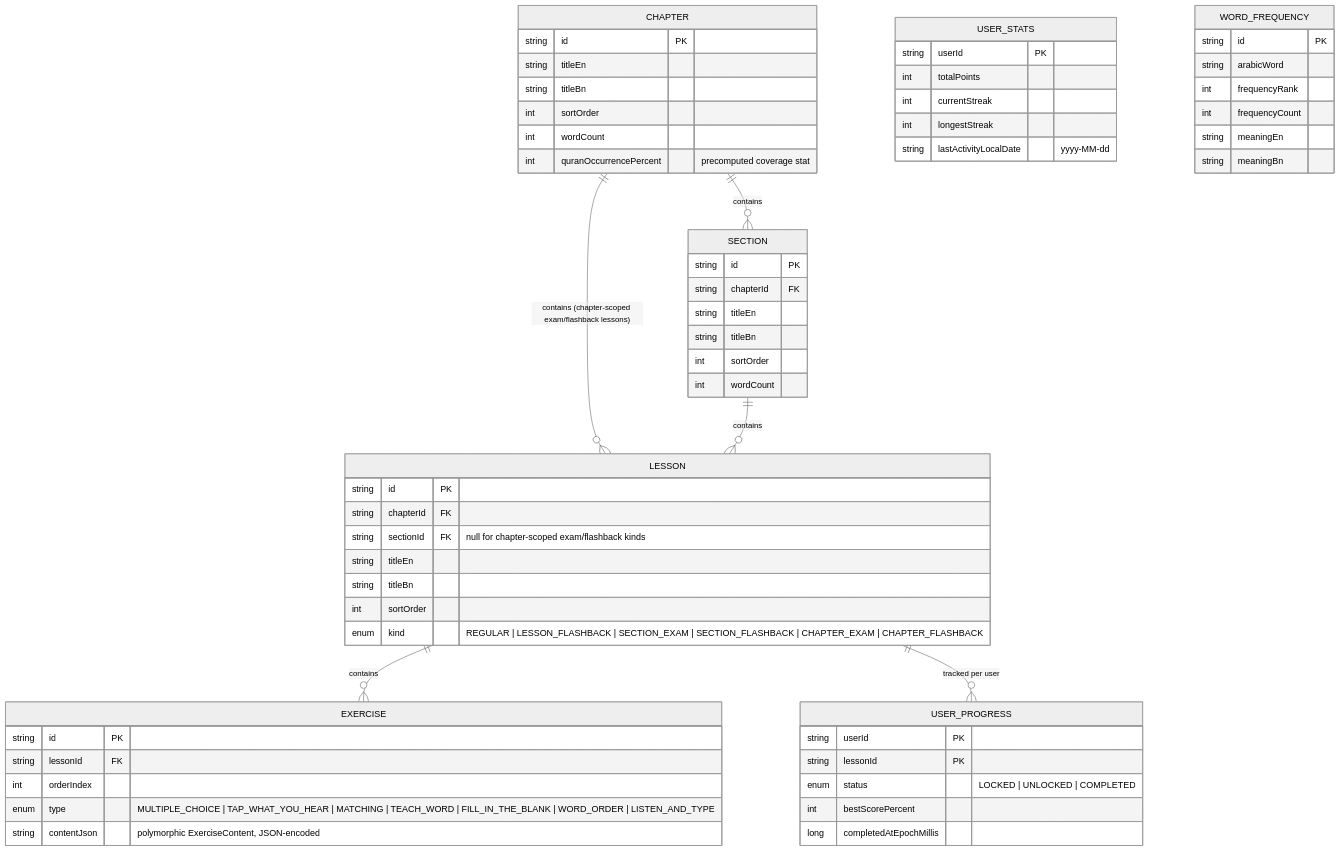
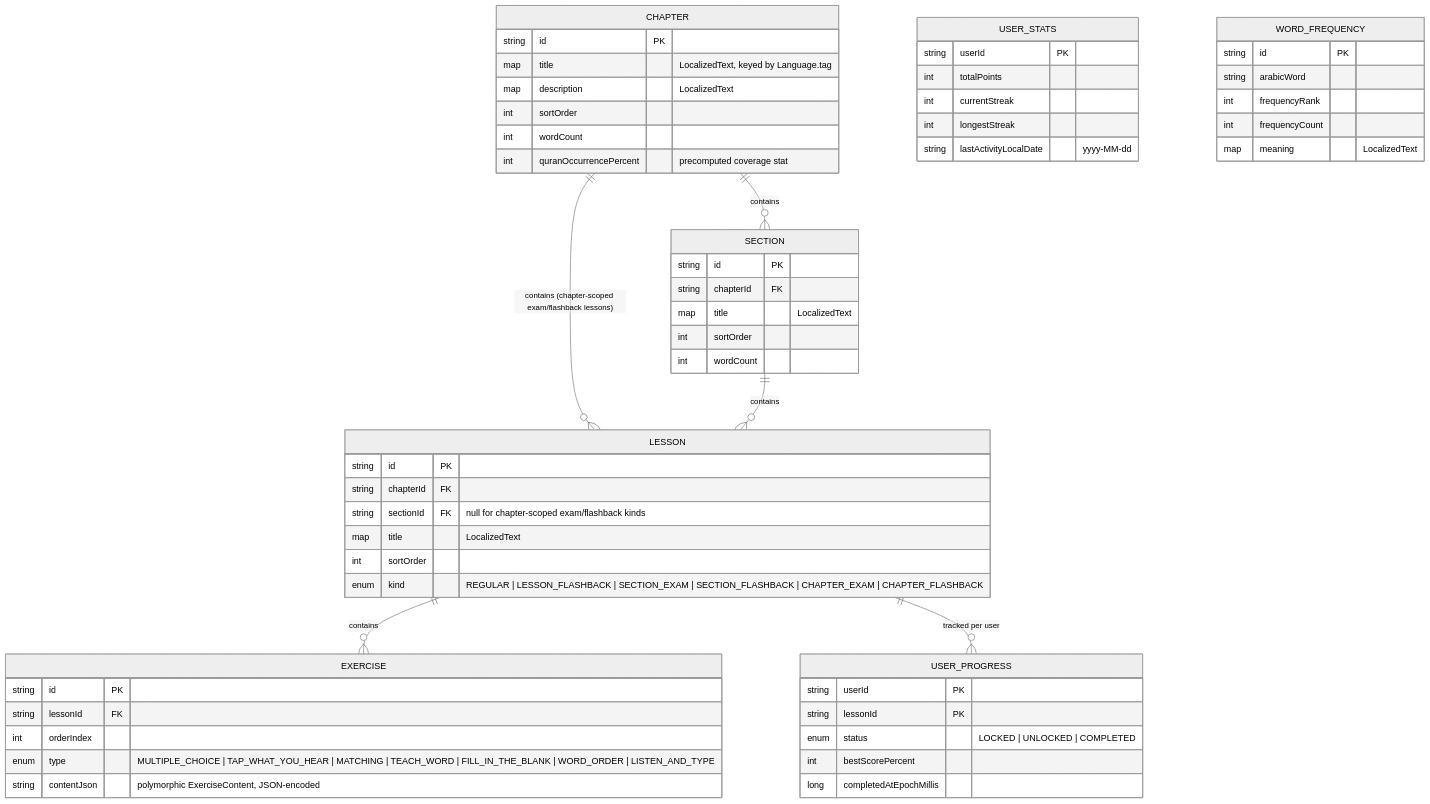
One commit to deanybytes/QuranicWords changed the first of 2 diagrams in docs/DATA_MODEL.md. Above: the diagram before and after it, drawn with Mermaid (neutral theme). The commit also changed other lines of this file and 45 other files, not shown here.

````diff
--- a/docs/DATA_MODEL.md
+++ b/docs/DATA_MODEL.md
@@ -9,62 +9,59 @@
 ```mermaid
 erDiagram
     CHAPTER ||--o{ SECTION : contains
     CHAPTER ||--o{ LESSON : "contains (chapter-scoped exam/flashback lessons)"
     SECTION ||--o{ LESSON : contains
     LESSON ||--o{ EXERCISE : contains
     LESSON ||--o{ USER_PROGRESS : "tracked per user"
     USER_STATS {
         string userId PK
         int totalPoints
         int currentStreak
         int longestStreak
         string lastActivityLocalDate "yyyy-MM-dd"
     }
     CHAPTER {
         string id PK
-        string titleEn
-        string titleBn
+        map title "LocalizedText, keyed by Language.tag"
+        map description "LocalizedText"
         int sortOrder
         int wordCount
         int quranOccurrencePercent "precomputed coverage stat"
     }
     SECTION {
         string id PK
         string chapterId FK
-        string titleEn
-        string titleBn
+        map title "LocalizedText"
         int sortOrder
         int wordCount
     }
     LESSON {
         string id PK
         string chapterId FK
         string sectionId FK "null for chapter-scoped exam/flashback kinds"
-        string titleEn
-        string titleBn
+        map title "LocalizedText"
         int sortOrder
         enum kind "REGULAR | LESSON_FLASHBACK | SECTION_EXAM | SECTION_FLASHBACK | CHAPTER_EXAM | CHAPTER_FLASHBACK"
     }
     EXERCISE {
         string id PK
         string lessonId FK
         int orderIndex
         enum type "MULTIPLE_CHOICE | TAP_WHAT_YOU_HEAR | MATCHING | TEACH_WORD | FILL_IN_THE_BLANK | WORD_ORDER | LISTEN_AND_TYPE"
         string contentJson "polymorphic ExerciseContent, JSON-encoded"
     }
     USER_PROGRESS {
         string userId PK
         string lessonId PK
         enum status "LOCKED | UNLOCKED | COMPLETED"
         int bestScorePercent
         long completedAtEpochMillis
     }
     WORD_FREQUENCY {
         string id PK
         string arabicWord
         int frequencyRank
         int frequencyCount
-        string meaningEn
-        string meaningBn
+        map meaning "LocalizedText"
     }
 ```
````
